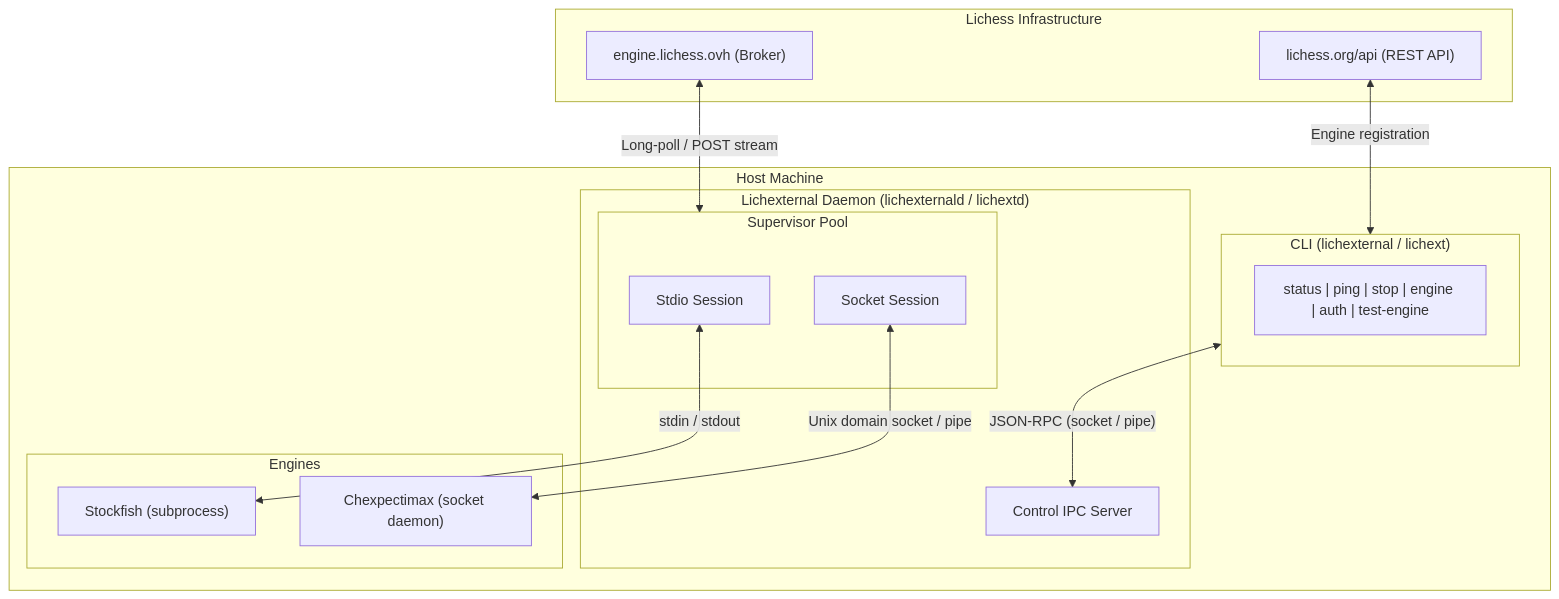
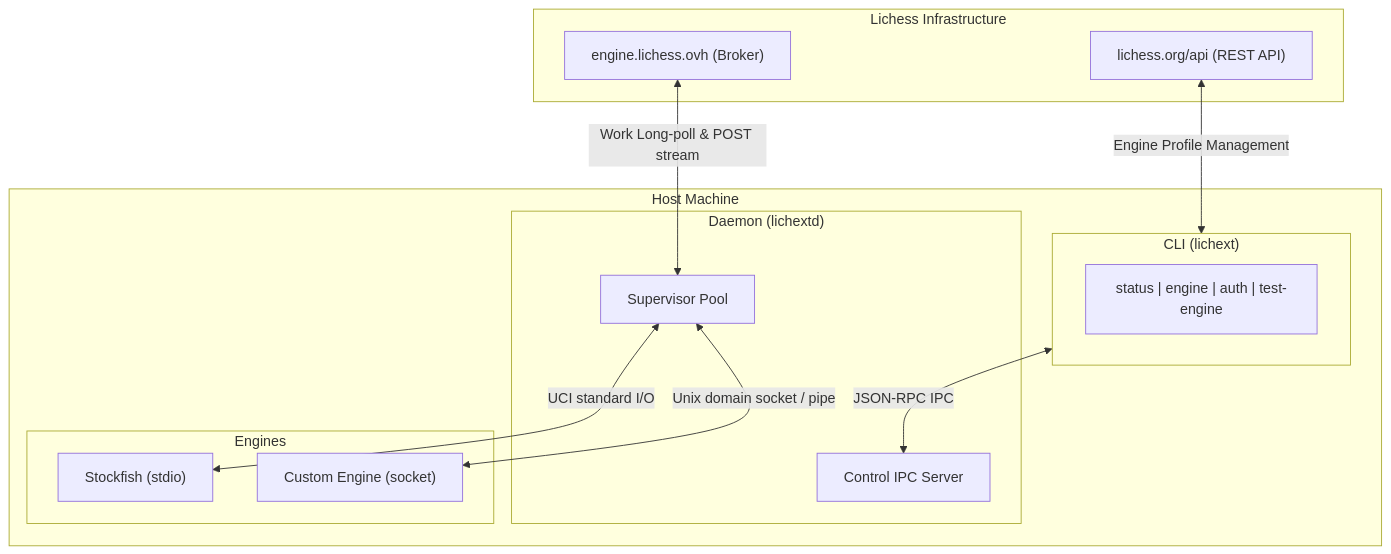
The diagram in docs/README.md (Chexperts/Lichexternal), drawn with Mermaid before and after one commit. The commit also changed other lines of this file, not shown here.

````diff
--- a/docs/README.md
+++ b/docs/README.md
@@ -19,32 +194,29 @@
 ```mermaid
 flowchart TD
     subgraph WAN["Lichess Infrastructure"]
         Broker["engine.lichess.ovh (Broker)"]
         RestApi["lichess.org/api (REST API)"]
     end
 
     subgraph Host["Host Machine"]
-        subgraph Daemon["Lichexternal Daemon (lichexternald / lichextd)"]
-            subgraph Supervisor["Supervisor Pool"]
-                StdioSession["Stdio Session"]
-                SocketSession["Socket Session"]
-            end
+        subgraph Daemon["Daemon (lichextd)"]
+            Supervisor["Supervisor Pool"]
             IPC["Control IPC Server"]
         end
 
         subgraph Engines["Engines"]
-            Stockfish["Stockfish (subprocess)"]
-            Chexpectimax["Chexpectimax (socket daemon)"]
+            Stockfish["Stockfish (stdio)"]
+            Custom["Custom Engine (socket)"]
         end
 
-        subgraph Client["CLI (lichexternal / lichext)"]
-            CliCmds["status | ping | stop | engine | auth | test-engine"]
+        subgraph Client["CLI (lichext)"]
+            Commands["status | engine | auth | test-engine"]
         end
     end
 
-    Broker <-->|"Long-poll / POST stream"| Supervisor
-    RestApi <-->|"Engine registration"| Client
-    StdioSession <-->|"stdin / stdout"| Stockfish
-    SocketSession <-->|"Unix domain socket / pipe"| Chexpectimax
-    Client <-->|"JSON-RPC (socket / pipe)"| IPC
+    Broker <-->|"Work Long-poll & POST stream"| Supervisor
+    RestApi <-->|"Engine Profile Management"| Client
+    Supervisor <-->|"UCI standard I/O"| Stockfish
+    Supervisor <-->|"Unix domain socket / pipe"| Custom
+    Client <-->|"JSON-RPC IPC"| IPC
 ```
````
